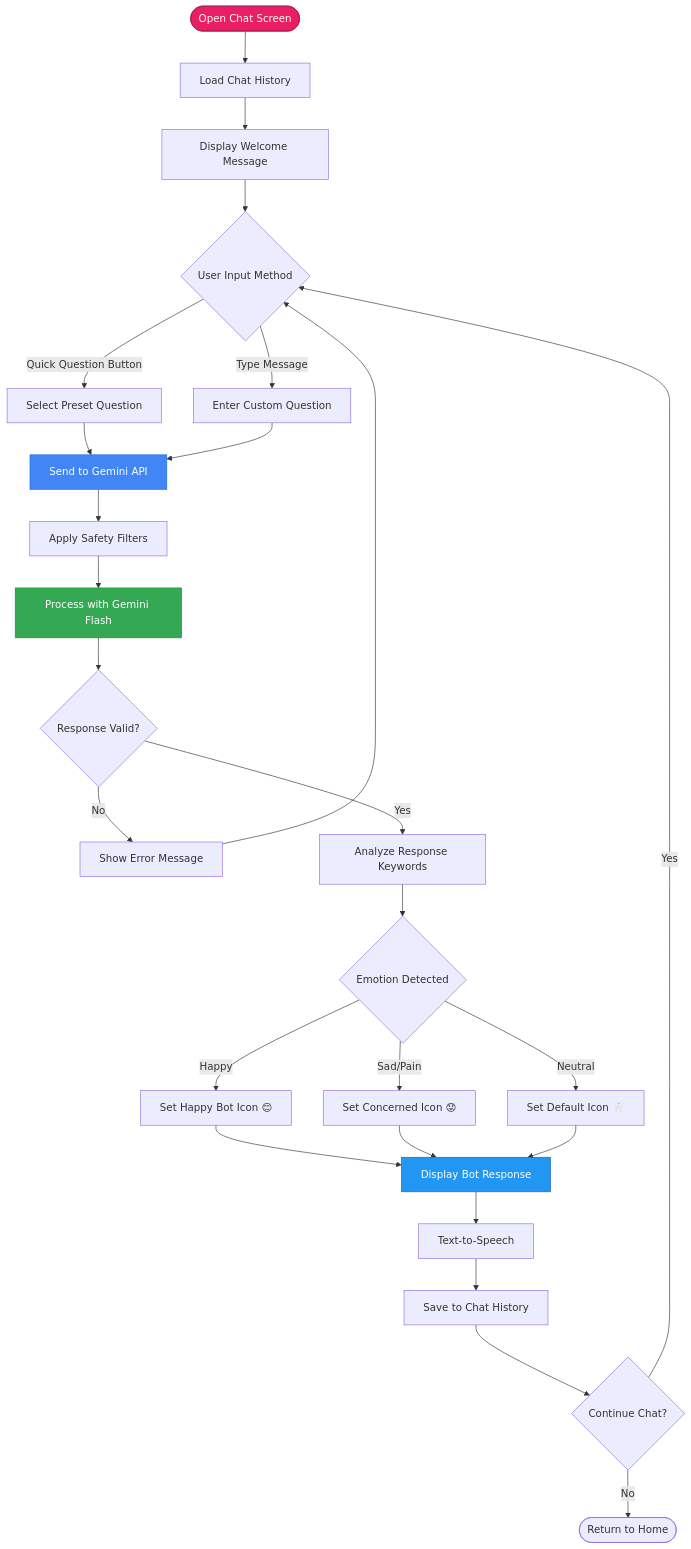
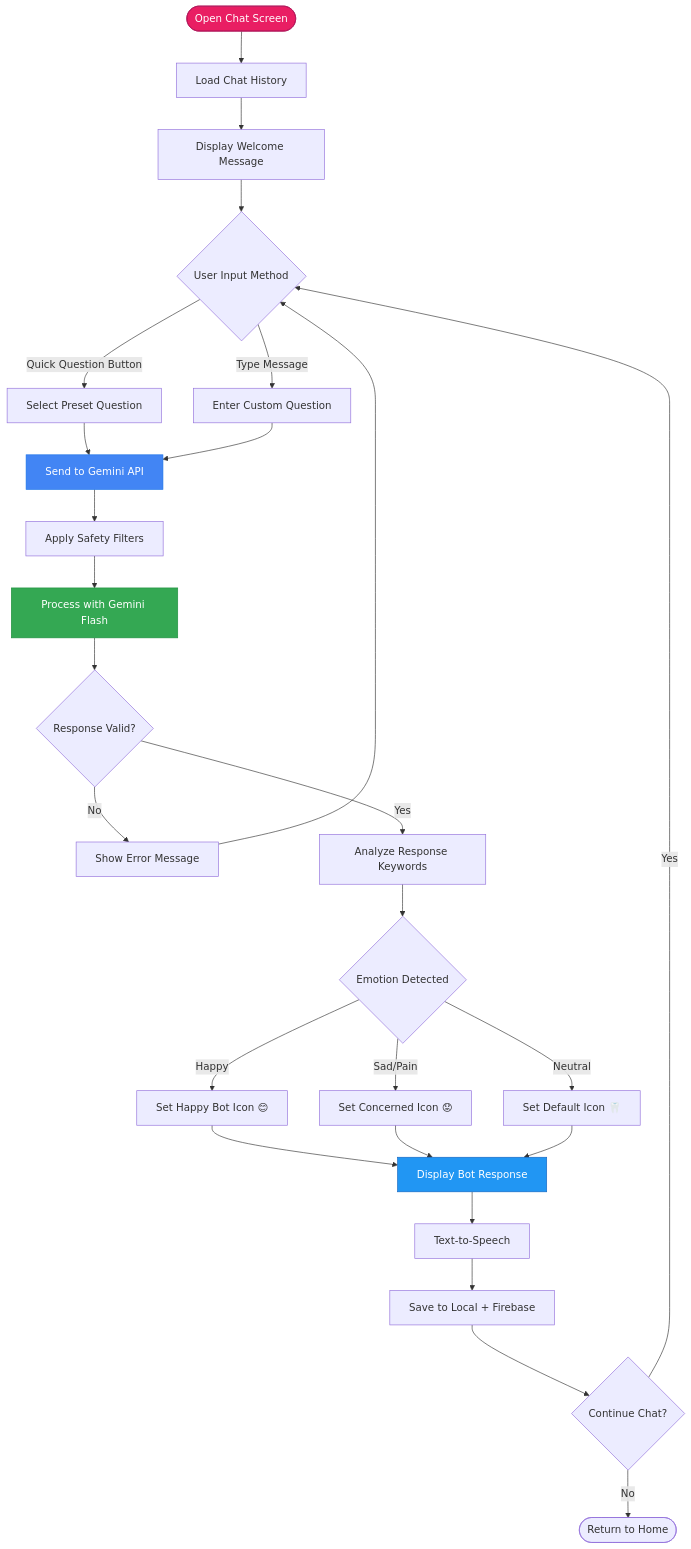
One commit to nabilashahirah/toothymate changed diagram 12 of 15 in thesis_chapters/Mermaid_Diagrams.md. Above: the diagram before and after it, drawn with Mermaid. The commit also changed other lines of this file and 9 other files, not shown here.

````diff
--- a/thesis_chapters/Mermaid_Diagrams.md
+++ b/thesis_chapters/Mermaid_Diagrams.md
@@ -416,46 +537,46 @@
 ```mermaid
 flowchart TD
     A([Open Chat Screen]) --> B[Load Chat History]
     B --> C[Display Welcome Message]
 
     C --> D{User Input Method}
 
     D -->|Quick Question Button| E[Select Preset Question]
     D -->|Type Message| F[Enter Custom Question]
 
     E --> G[Send to Gemini API]
     F --> G
 
     G --> H[Apply Safety Filters]
     H --> I[Process with Gemini Flash]
 
     I --> J{Response Valid?}
 
     J -->|No| K[Show Error Message]
     J -->|Yes| L[Analyze Response Keywords]
 
     L --> M{Emotion Detected}
 
     M -->|Happy| N[Set Happy Bot Icon 😊]
     M -->|Sad/Pain| O[Set Concerned Icon 😟]
     M -->|Neutral| P[Set Default Icon 🦷]
 
     N --> Q[Display Bot Response]
     O --> Q
     P --> Q
 
     Q --> R[Text-to-Speech]
-    R --> S[Save to Chat History]
+    R --> S[Save to Local + Firebase]
 
     S --> T{Continue Chat?}
 
     T -->|Yes| D
     T -->|No| U([Return to Home])
 
     K --> D
 
     style A fill:#E91E63,stroke:#AD1457,color:#fff
     style G fill:#4285F4,stroke:#1A73E8,color:#fff
     style I fill:#34A853,stroke:#1E8E3E,color:#fff
     style Q fill:#2196F3,stroke:#1565C0,color:#fff
 ```
````
